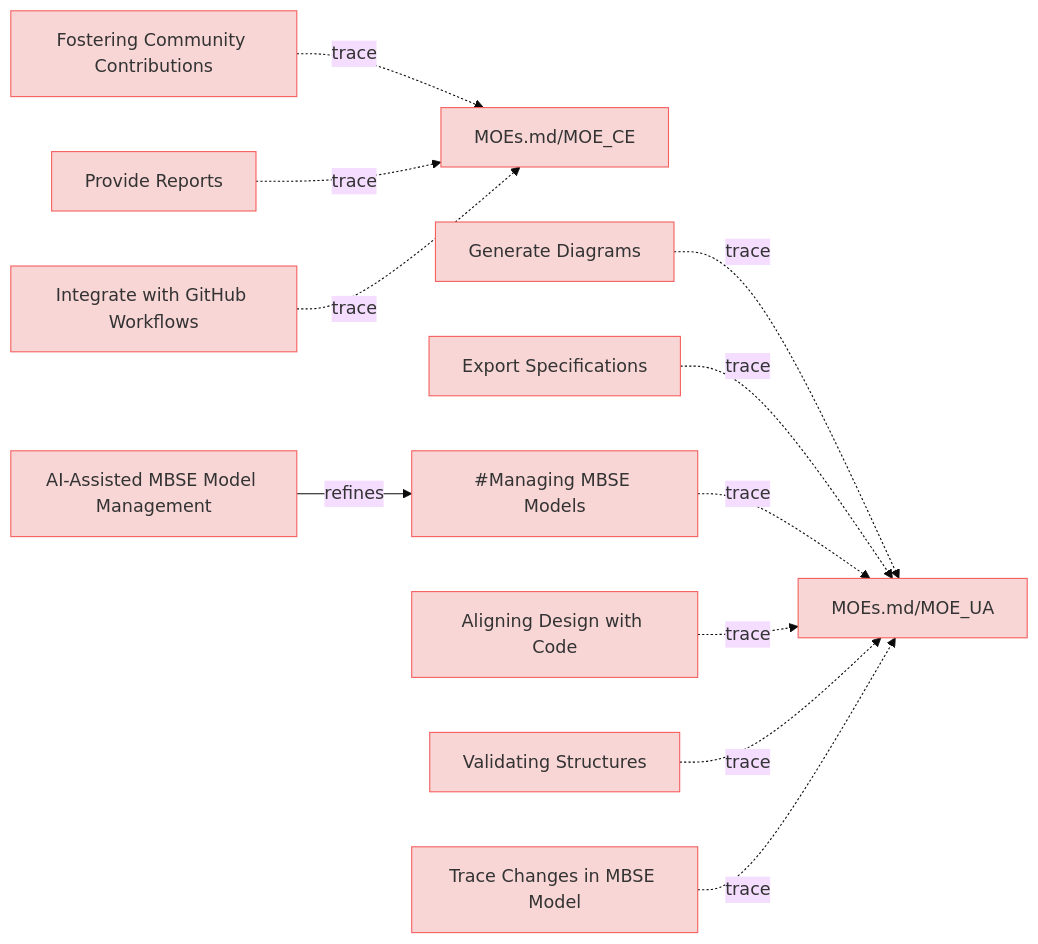
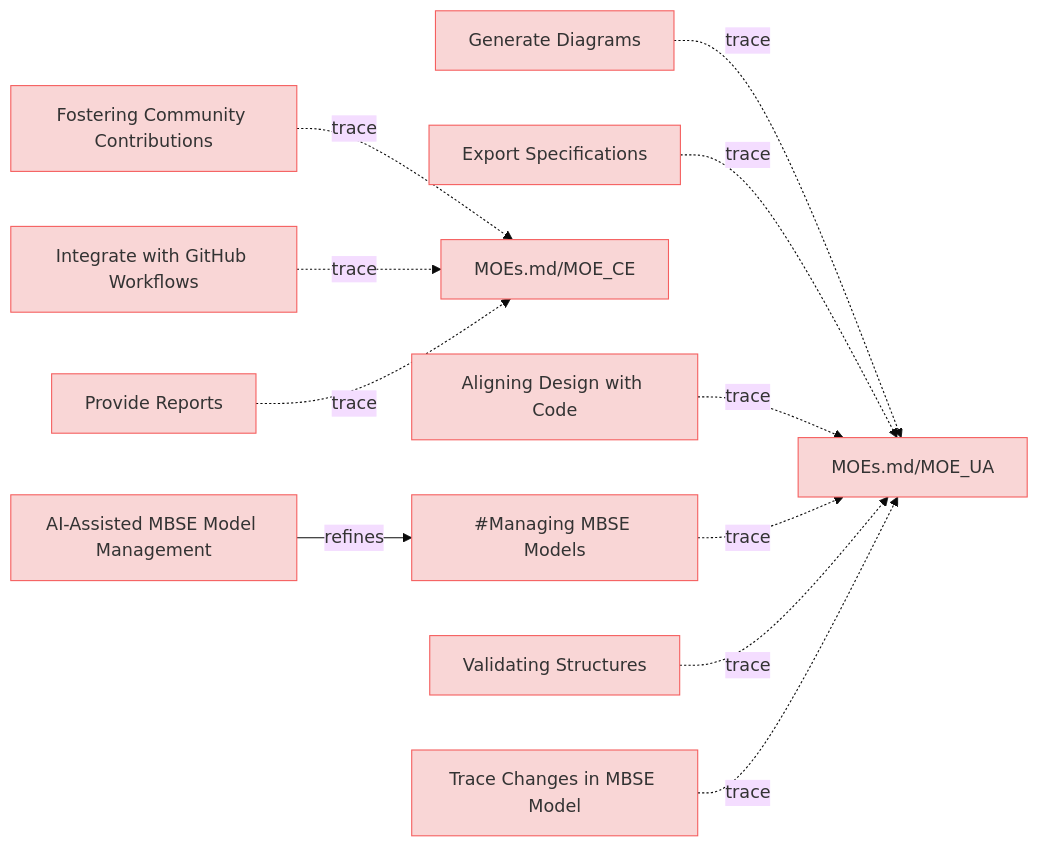
One commit to reqvire-org/reqvire changed the diagram in specifications/UserStories.md. Above: the diagram before and after it, drawn with Mermaid (base theme). The commit also changed 17 other files, not shown here.

First line of the commit message:
Enhance diagram links with stable git repository URLs

````diff
--- a/specifications/UserStories.md
+++ b/specifications/UserStories.md
@@ -12,55 +12,55 @@
 ```mermaid
 graph LR;
   %% Graph styling
   classDef requirement fill:#f9d6d6,stroke:#f55f5f,stroke-width:1px;
   classDef verification fill:#d6f9d6,stroke:#5fd75f,stroke-width:1px;
   classDef externalLink fill:#d0e0ff,stroke:#3080ff,stroke-width:1px;
   classDef default fill:#f5f5f5,stroke:#333333,stroke-width:1px;
 
+  cf0026c2feeb1e0f["Generate Diagrams"];
+  click cf0026c2feeb1e0f "https://github.com/ilijaljubicic/ReqFlow/blob/a94231473c9a4a56fe21608ebd13787e0cc3f2dc/specifications/UserStories.md#generate-diagrams";
+  class cf0026c2feeb1e0f requirement;
+  f6237e49f7494c0e["MOEs.md/MOE_UA"];
+  class f6237e49f7494c0e requirement;
+  click f6237e49f7494c0e "https://github.com/ilijaljubicic/ReqFlow/blob/a94231473c9a4a56fe21608ebd13787e0cc3f2dc/specifications/MOEs.md#moe_ua";
+  cf0026c2feeb1e0f -.->|trace| f6237e49f7494c0e;
+  100197ce818804["Export Specifications"];
+  click 100197ce818804 "https://github.com/ilijaljubicic/ReqFlow/blob/a94231473c9a4a56fe21608ebd13787e0cc3f2dc/specifications/UserStories.md#export-specifications";
+  class 100197ce818804 requirement;
+  100197ce818804 -.->|trace| f6237e49f7494c0e;
   cdc9a9c9087e707f["Fostering Community Contributions"];
-  click cdc9a9c9087e707f "UserStories.md#fostering-community-contributions";
+  click cdc9a9c9087e707f "https://github.com/ilijaljubicic/ReqFlow/blob/a94231473c9a4a56fe21608ebd13787e0cc3f2dc/specifications/UserStories.md#fostering-community-contributions";
   class cdc9a9c9087e707f requirement;
   b3f57e49f7494c0e["MOEs.md/MOE_CE"];
   class b3f57e49f7494c0e requirement;
-  click b3f57e49f7494c0e "MOEs.md#moe_ce";
+  click b3f57e49f7494c0e "https://github.com/ilijaljubicic/ReqFlow/blob/a94231473c9a4a56fe21608ebd13787e0cc3f2dc/specifications/MOEs.md#moe_ce";
   cdc9a9c9087e707f -.->|trace| b3f57e49f7494c0e;
-  cf0026c2feeb1e0f["Generate Diagrams"];
-  click cf0026c2feeb1e0f "UserStories.md#generate-diagrams";
-  class cf0026c2feeb1e0f requirement;
-  f6237e49f7494c0e["MOEs.md/MOE_UA"];
-  class f6237e49f7494c0e requirement;
-  click f6237e49f7494c0e "MOEs.md#moe_ua";
-  cf0026c2feeb1e0f -.->|trace| f6237e49f7494c0e;
+  ba120b7cafc5435f["Integrate with GitHub Workflows"];
+  click ba120b7cafc5435f "https://github.com/ilijaljubicic/ReqFlow/blob/a94231473c9a4a56fe21608ebd13787e0cc3f2dc/specifications/UserStories.md#integrate-with-github-workflows";
+  class ba120b7cafc5435f requirement;
+  ba120b7cafc5435f -.->|trace| b3f57e49f7494c0e;
   2b35b7b37d52d4e6["AI-Assisted MBSE Model Management"];
-  click 2b35b7b37d52d4e6 "UserStories.md#ai-assisted-mbse-model-management";
+  click 2b35b7b37d52d4e6 "https://github.com/ilijaljubicic/ReqFlow/blob/a94231473c9a4a56fe21608ebd13787e0cc3f2dc/specifications/UserStories.md#ai-assisted-mbse-model-management";
   class 2b35b7b37d52d4e6 requirement;
   852dea6cfecb47f5["#Managing MBSE Models"];
   class 852dea6cfecb47f5 requirement;
-  click 852dea6cfecb47f5 "UserStories.md#managing-mbse-models";
+  click 852dea6cfecb47f5 "https://github.com/ilijaljubicic/ReqFlow/blob/a94231473c9a4a56fe21608ebd13787e0cc3f2dc/specifications/UserStories.md#managing-mbse-models";
   2b35b7b37d52d4e6 -->|refines| 852dea6cfecb47f5;
-  fe32882ee273e24d["Provide Reports"];
-  click fe32882ee273e24d "UserStories.md#provide-reports";
-  class fe32882ee273e24d requirement;
-  fe32882ee273e24d -.->|trace| b3f57e49f7494c0e;
-  100197ce818804["Export Specifications"];
-  click 100197ce818804 "UserStories.md#export-specifications";
-  class 100197ce818804 requirement;
-  100197ce818804 -.->|trace| f6237e49f7494c0e;
-  ba120b7cafc5435f["Integrate with GitHub Workflows"];
-  click ba120b7cafc5435f "UserStories.md#integrate-with-github-workflows";
-  class ba120b7cafc5435f requirement;
-  ba120b7cafc5435f -.->|trace| b3f57e49f7494c0e;
-  852dea6cfecb47f5 -.->|trace| f6237e49f7494c0e;
   de2d3516cd5ef91d["Aligning Design with Code"];
-  click de2d3516cd5ef91d "UserStories.md#aligning-design-with-code";
+  click de2d3516cd5ef91d "https://github.com/ilijaljubicic/ReqFlow/blob/a94231473c9a4a56fe21608ebd13787e0cc3f2dc/specifications/UserStories.md#aligning-design-with-code";
   class de2d3516cd5ef91d requirement;
   de2d3516cd5ef91d -.->|trace| f6237e49f7494c0e;
+  852dea6cfecb47f5 -.->|trace| f6237e49f7494c0e;
   a60d88b6e2cb3842["Validating Structures"];
-  click a60d88b6e2cb3842 "UserStories.md#validating-structures";
+  click a60d88b6e2cb3842 "https://github.com/ilijaljubicic/ReqFlow/blob/a94231473c9a4a56fe21608ebd13787e0cc3f2dc/specifications/UserStories.md#validating-structures";
   class a60d88b6e2cb3842 requirement;
   a60d88b6e2cb3842 -.->|trace| f6237e49f7494c0e;
   36d8b2eb16113a7f["Trace Changes in MBSE Model"];
-  click 36d8b2eb16113a7f "UserStories.md#trace-changes-in-mbse-model";
+  click 36d8b2eb16113a7f "https://github.com/ilijaljubicic/ReqFlow/blob/a94231473c9a4a56fe21608ebd13787e0cc3f2dc/specifications/UserStories.md#trace-changes-in-mbse-model";
   class 36d8b2eb16113a7f requirement;
   36d8b2eb16113a7f -.->|trace| f6237e49f7494c0e;
+  fe32882ee273e24d["Provide Reports"];
+  click fe32882ee273e24d "https://github.com/ilijaljubicic/ReqFlow/blob/a94231473c9a4a56fe21608ebd13787e0cc3f2dc/specifications/UserStories.md#provide-reports";
+  class fe32882ee273e24d requirement;
+  fe32882ee273e24d -.->|trace| b3f57e49f7494c0e;
 ```
````
